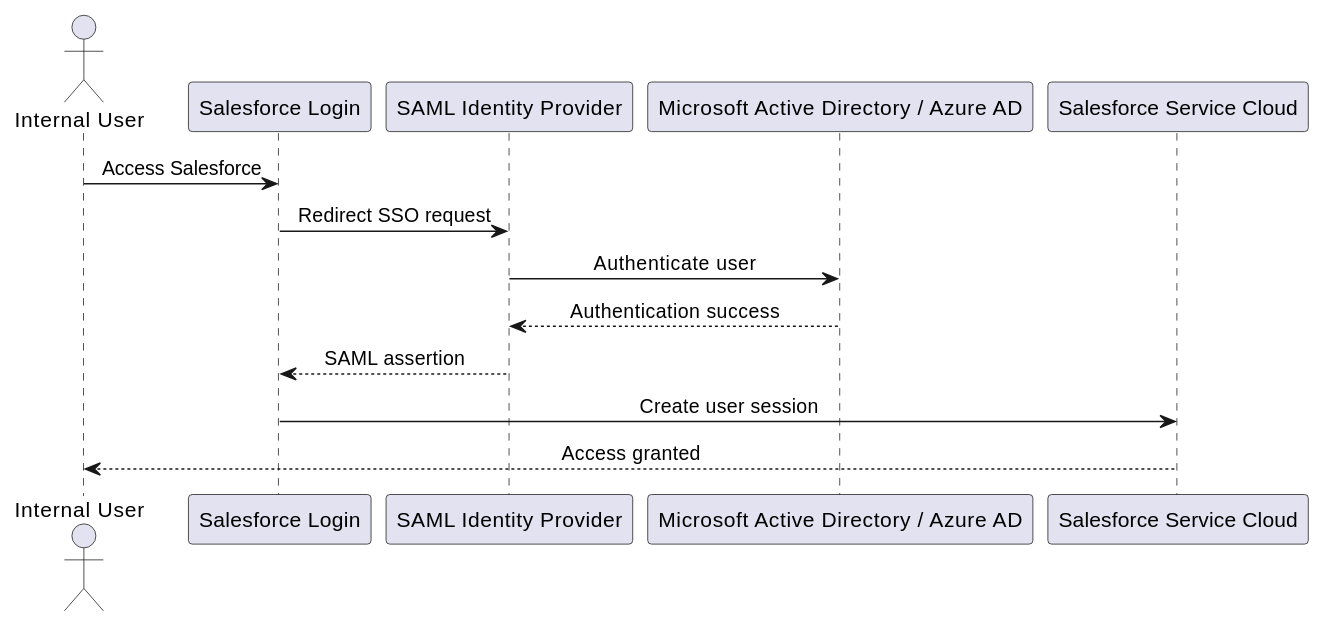
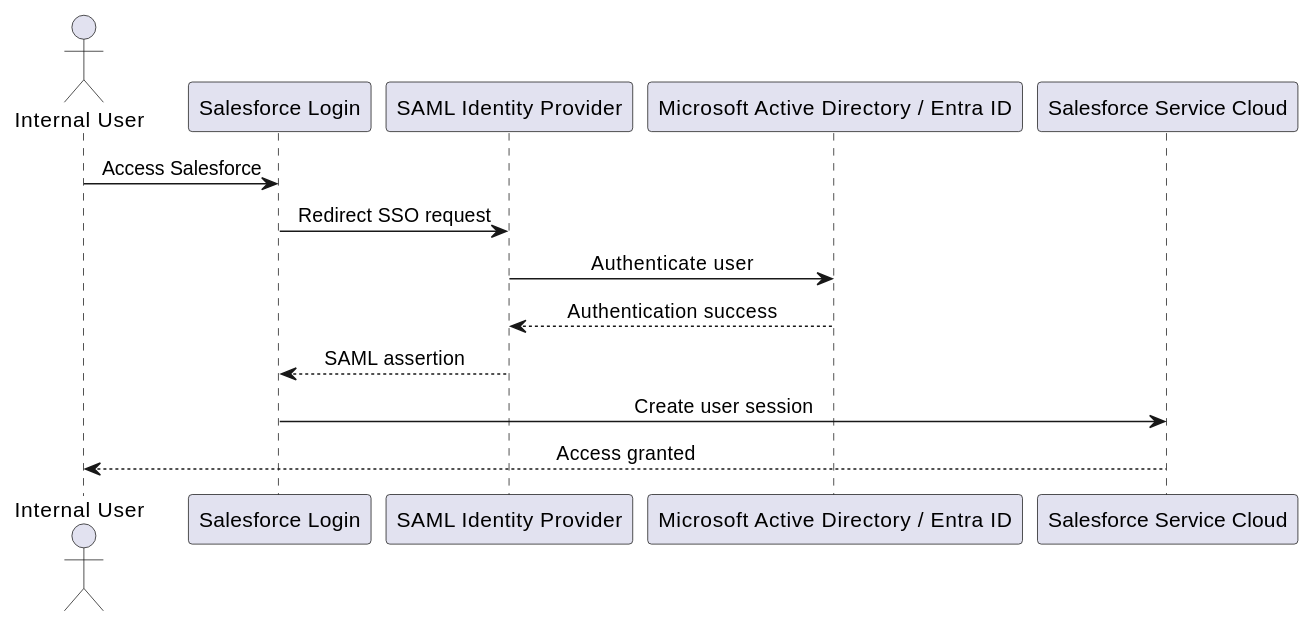
Before and after one commit to jimmytobing/virtusa: diagram 22 of 26 in doc/SADD Task 2.md, drawn with PlantUML. The commit also changed other lines of this file and 9 other files, not shown here.

````diff
--- a/doc/SADD Task 2.md
+++ b/doc/SADD Task 2.md
@@ -1427,19 +1475,19 @@
 ```plantuml
 @startuml
 skinparam sequenceMessageAlign center
 actor "Internal User" as User
 participant "Salesforce Login" as SFLogin
 participant "SAML Identity Provider" as IdP
-participant "Microsoft Active Directory / Azure AD" as AD
+participant "Microsoft Active Directory / Entra ID" as AD
 participant "Salesforce Service Cloud" as SF
 
 User -> SFLogin : Access Salesforce
 SFLogin -> IdP : Redirect SSO request
 IdP -> AD : Authenticate user
 AD --> IdP : Authentication success
 IdP --> SFLogin : SAML assertion
 SFLogin -> SF : Create user session
 SF --> User : Access granted
 
 @enduml
 ```
````
